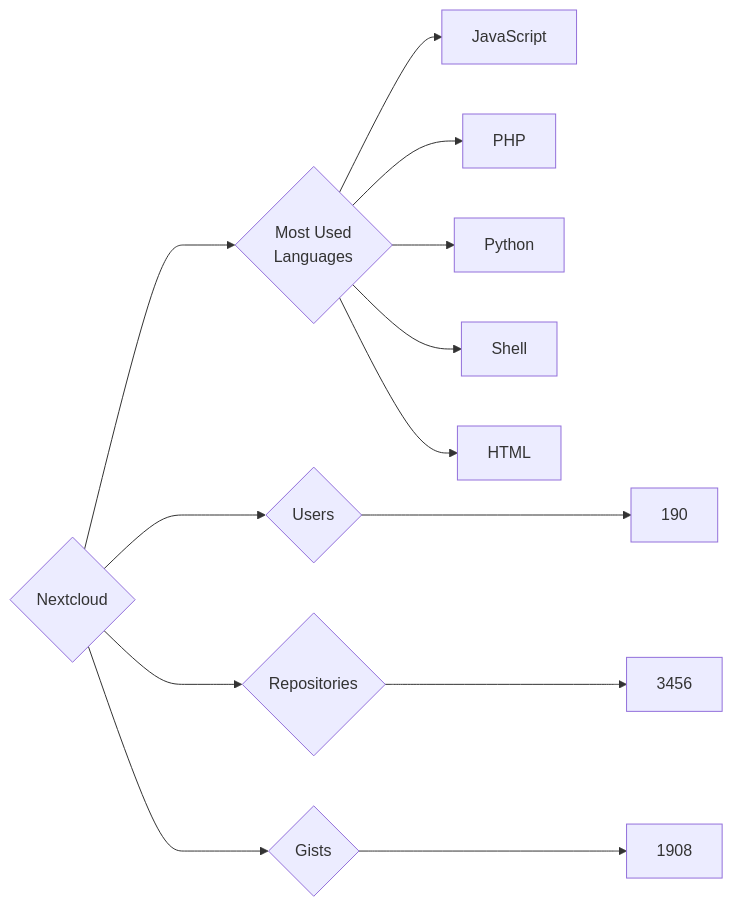
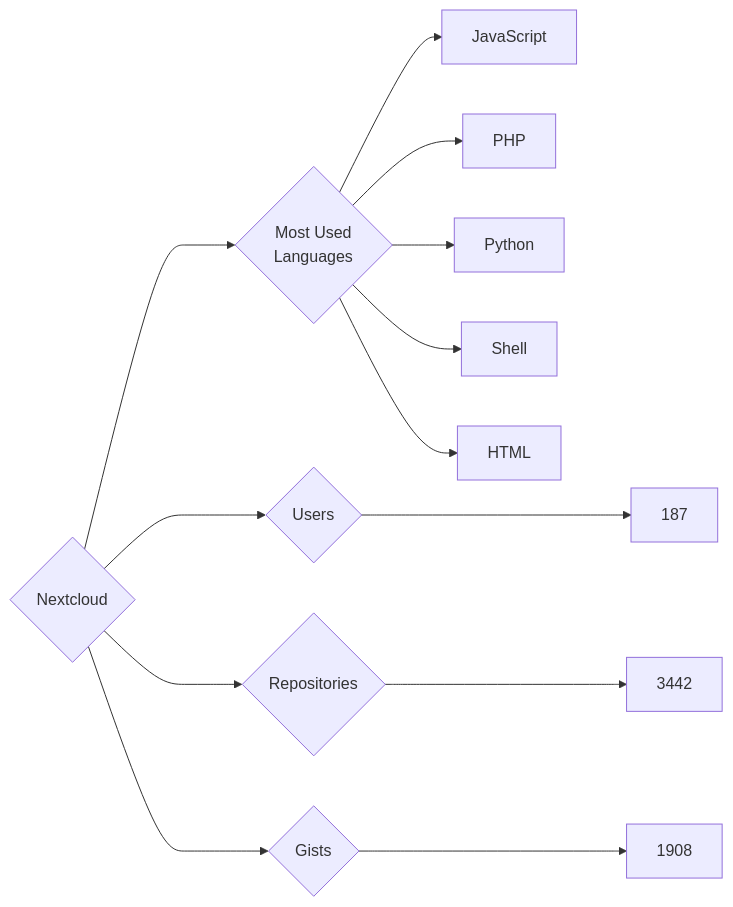
The diagram in targets/Nextcloud/README.md (trickest/insiders), drawn with Mermaid before and after one commit. The commit also changed 823 other files, not shown here.

````diff
--- a/targets/Nextcloud/README.md
+++ b/targets/Nextcloud/README.md
@@ -3,13 +3,13 @@
 ```mermaid
 graph LR
 COMPANY_NAME{Nextcloud}
-COMPANY_NAME ---> U{Users} ---> UN[190]
-COMPANY_NAME ---> R{Repositories} ---> RN[3456]
+COMPANY_NAME ---> U{Users} ---> UN[187]
+COMPANY_NAME ---> R{Repositories} ---> RN[3442]
 COMPANY_NAME ---> G{Gists} ---> GN[1908]
 COMPANY_NAME ---> ML{Most Used<br>Languages}
 ML --> JavaScript[JavaScript]
 ML --> PHP[PHP]
 ML --> Python[Python]
 ML --> Shell[Shell]
 ML --> HTML[HTML]
 ```
````
